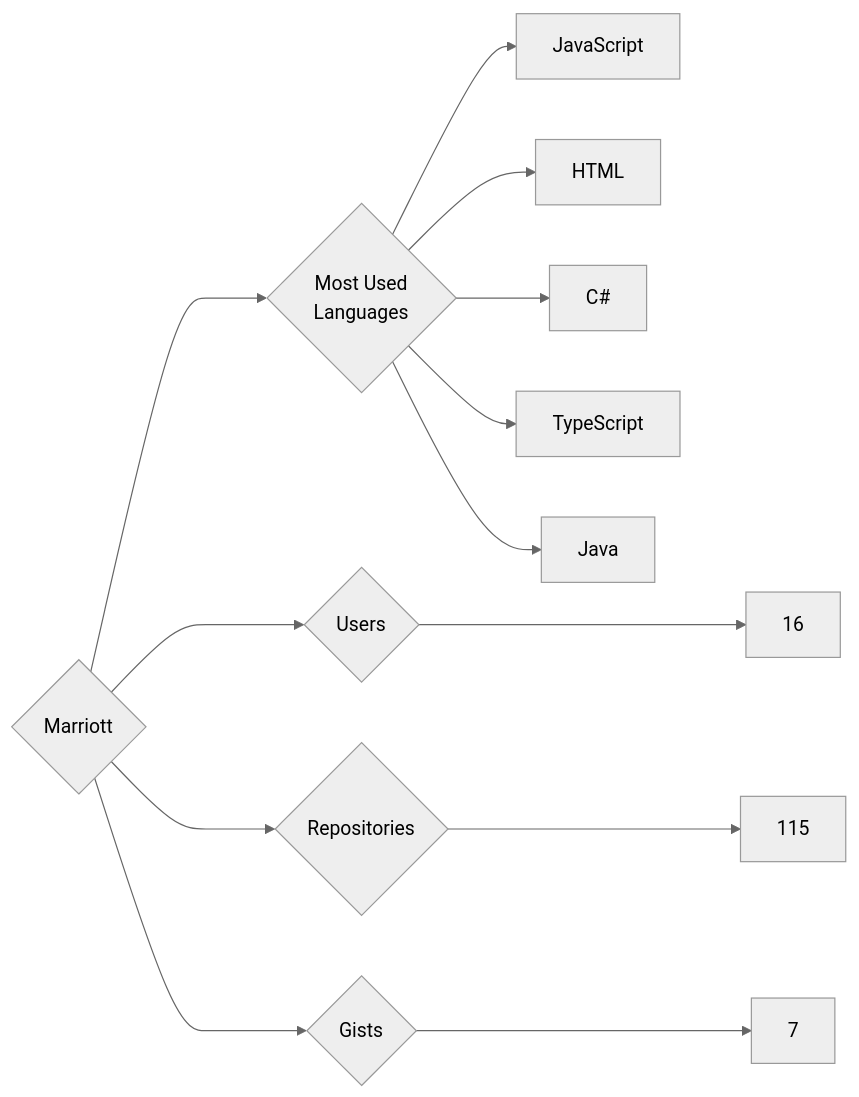
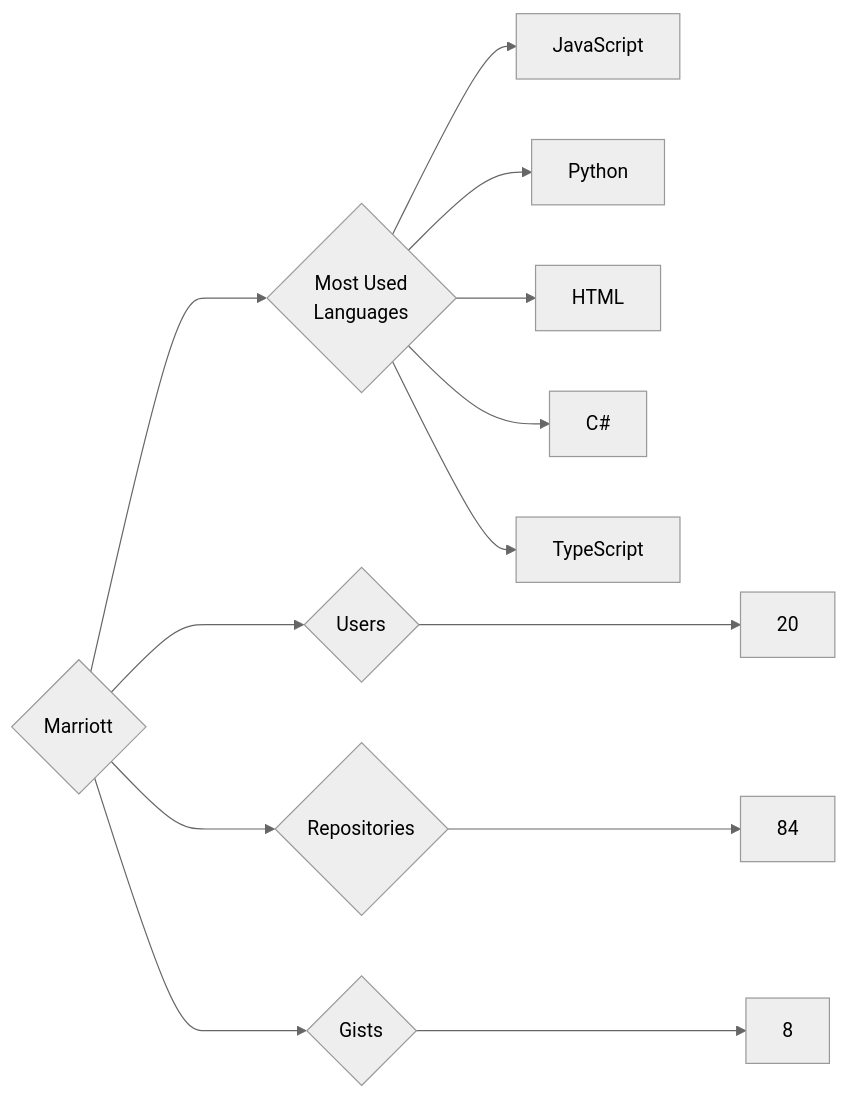
Before and after one commit to trickest/insiders: the diagram in targets/Marriott/README.md, drawn with Mermaid (neutral theme). The commit also changed 597 other files, not shown here.

````diff
--- a/targets/Marriott/README.md
+++ b/targets/Marriott/README.md
@@ -3,13 +3,13 @@
 ```mermaid
 graph LR
 COMPANY_NAME{Marriott}
-COMPANY_NAME ---> U{Users} ---> UN[16]
-COMPANY_NAME ---> R{Repositories} ---> RN[115]
-COMPANY_NAME ---> G{Gists} ---> GN[7]
+COMPANY_NAME ---> U{Users} ---> UN[20]
+COMPANY_NAME ---> R{Repositories} ---> RN[84]
+COMPANY_NAME ---> G{Gists} ---> GN[8]
 COMPANY_NAME ---> ML{Most Used<br>Languages}
 ML --> JavaScript[JavaScript]
+ML --> Python[Python]
 ML --> HTML[HTML]
 ML --> C#[C#]
 ML --> TypeScript[TypeScript]
-ML --> Java[Java]
 ```
````
